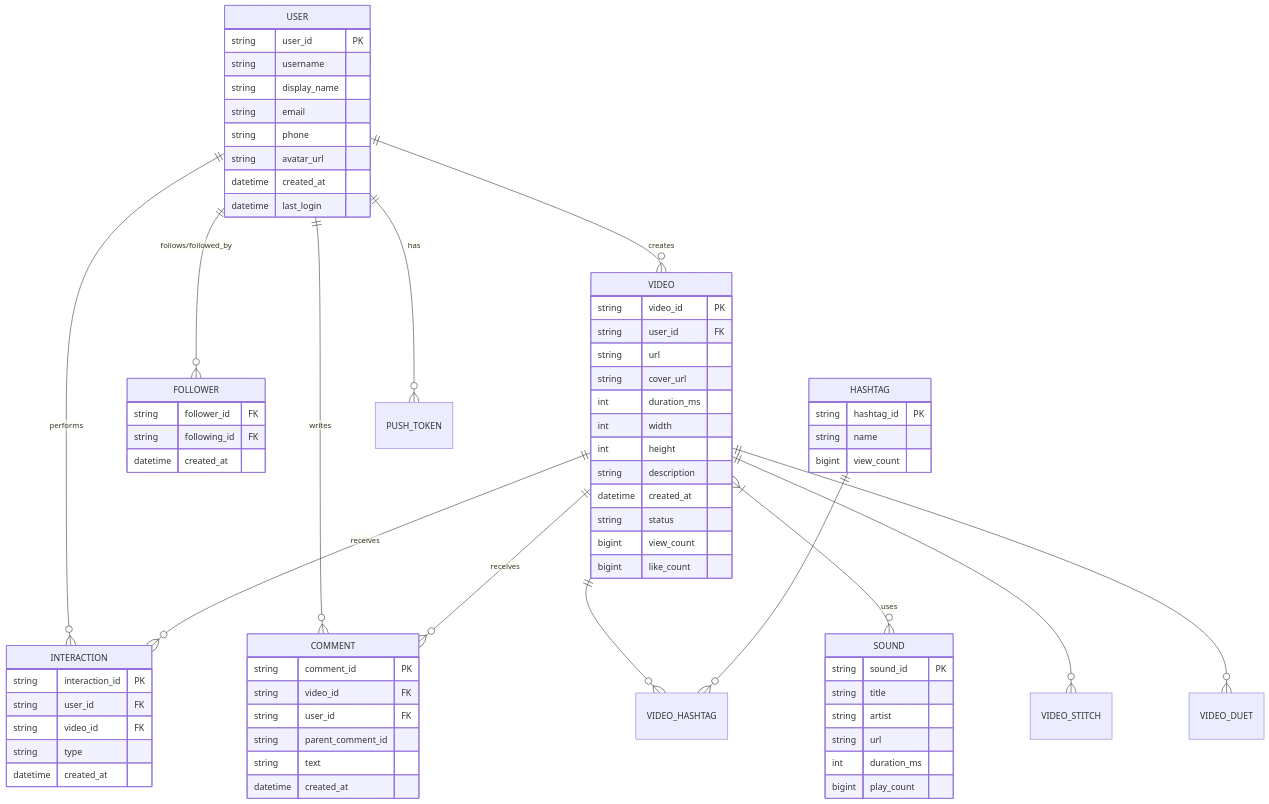
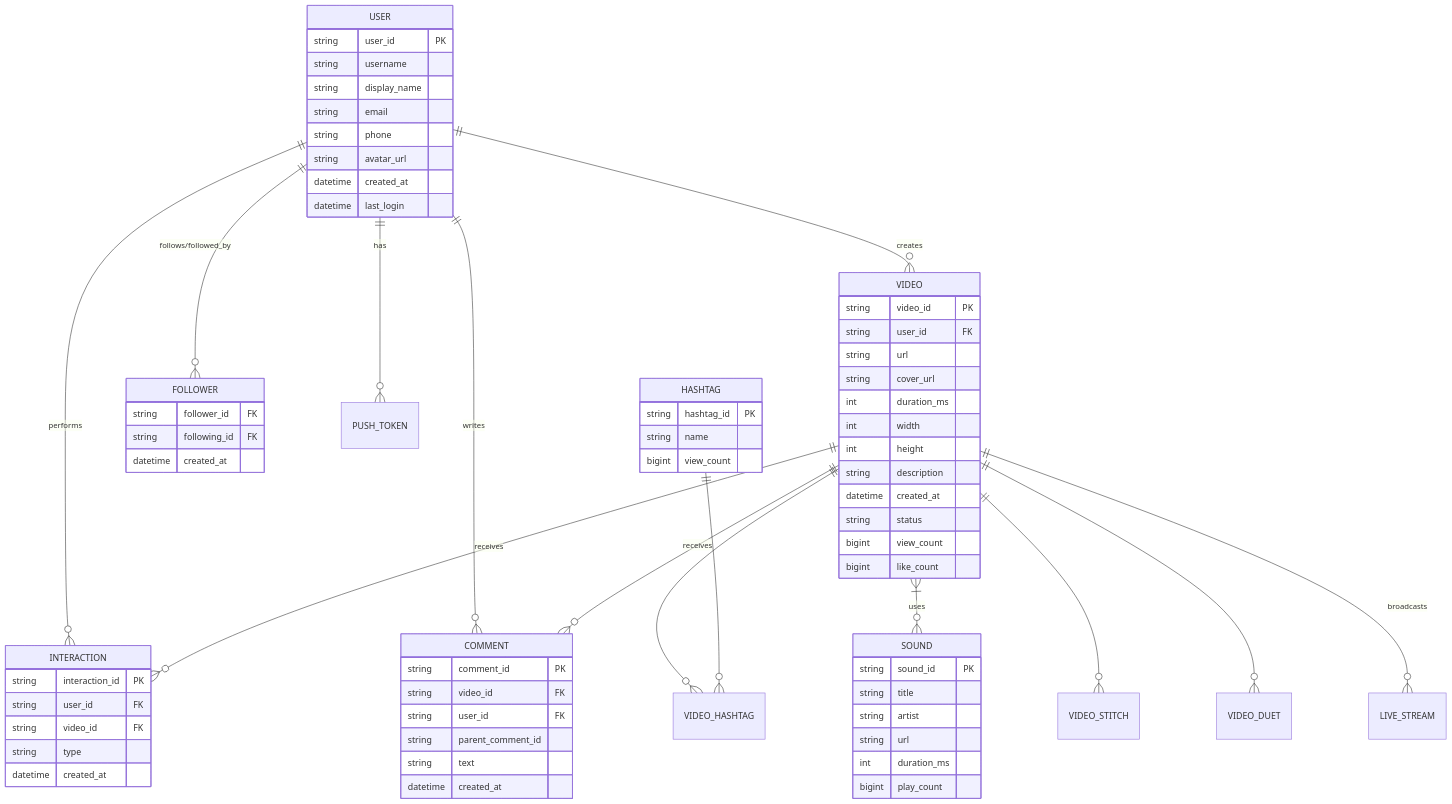
One commit to abhishekghoshh/system-design-helper changed the fourth of 14 diagrams in docs/system-design/high-level/designing/advanced/tiktok.md. Above: the diagram before and after it, drawn with Mermaid. The commit also changed other lines of this file and 107 other files, not shown here.

````diff
--- a/docs/system-design/high-level/designing/advanced/tiktok.md
+++ b/docs/system-design/high-level/designing/advanced/tiktok.md
@@ -642,73 +427,74 @@
 ```mermaid
 erDiagram
     USER ||--o{ VIDEO : creates
     USER ||--o{ COMMENT : writes
     USER ||--o{ INTERACTION : performs
     USER ||--o{ FOLLOWER : "follows/followed_by"
+    USER ||--o{ PUSH_TOKEN : "has"
     VIDEO ||--o{ INTERACTION : "receives"
     VIDEO ||--o{ COMMENT : receives
     VIDEO ||--o{ VIDEO_HASHTAG : ""
     HASHTAG ||--o{ VIDEO_HASHTAG : ""
     VIDEO }|--o{ SOUND : uses
     VIDEO ||--o{ VIDEO_STITCH : ""
     VIDEO ||--o{ VIDEO_DUET : ""
-    USER ||--o{ PUSH_TOKEN : has
+    VIDEO ||--o{ LIVE_STREAM : "broadcasts"
 
     USER {
         string user_id PK
         string username
         string display_name
         string email
         string phone
         string avatar_url
         datetime created_at
         datetime last_login
     }
     VIDEO {
         string video_id PK
         string user_id FK
         string url
         string cover_url
         int duration_ms
         int width
         int height
         string description
         datetime created_at
         string status
         bigint view_count
         bigint like_count
     }
     INTERACTION {
         string interaction_id PK
         string user_id FK
         string video_id FK
         string type
         datetime created_at
     }
     COMMENT {
         string comment_id PK
         string video_id FK
         string user_id FK
         string parent_comment_id
         string text
         datetime created_at
     }
     HASHTAG {
         string hashtag_id PK
         string name
         bigint view_count
     }
     SOUND {
         string sound_id PK
         string title
         string artist
         string url
         int duration_ms
         bigint play_count
     }
     FOLLOWER {
         string follower_id FK
         string following_id FK
         datetime created_at
     }
 ```
````
